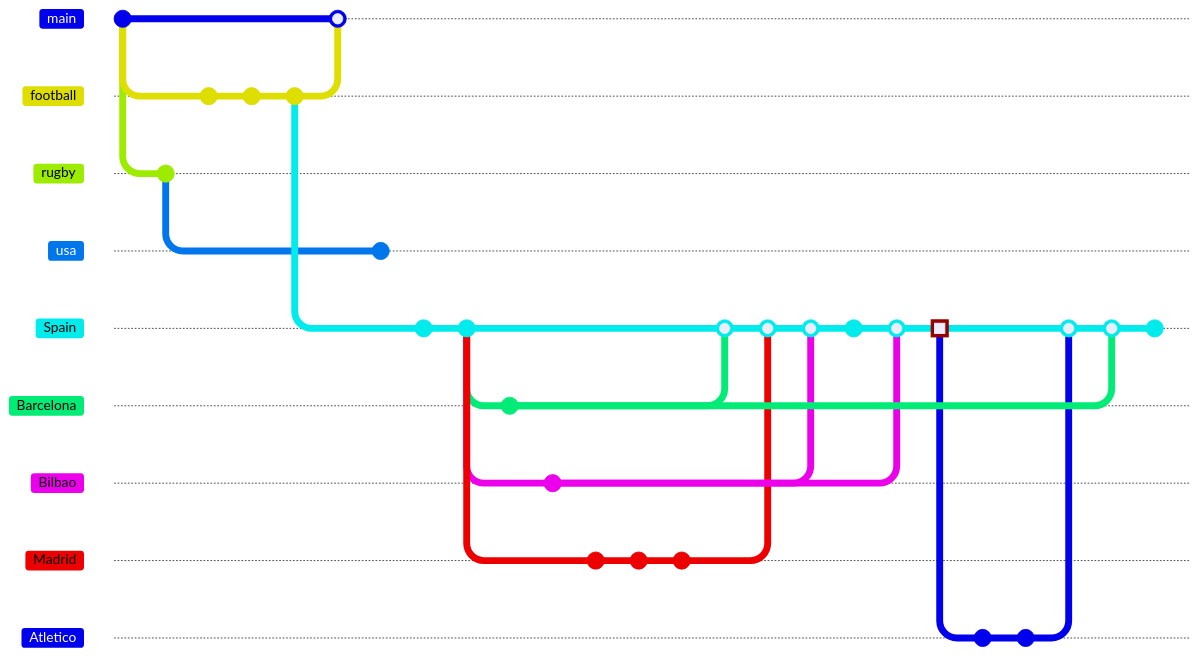
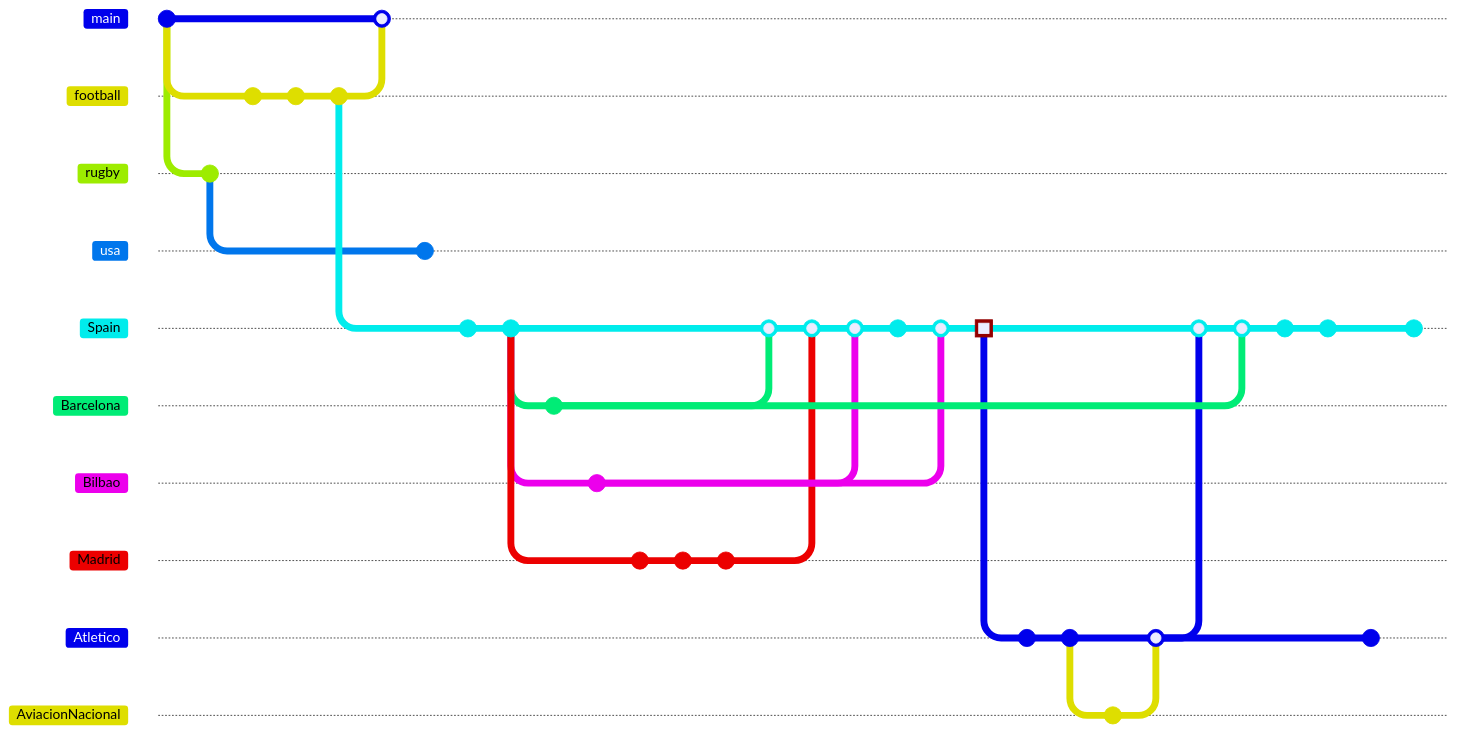
One commit to sarnobat/mermaid changed the first of 8 diagrams in README.md. Above: the diagram before and after it, drawn with Mermaid. Commit ids are hidden.

````diff
--- a/README.md
+++ b/README.md
@@ -14,52 +14,62 @@
 ```mermaid
 gitGraph:
     commit id: "begin"
     branch football
     checkout football
     branch rugby
     checkout rugby
     commit id: "1845 Rugby school football rules published"
     checkout football
     commit id: "1847 Eton school football rules published"
     commit id: "1863 October FA rules created"
     commit id: "1863 FA Founded in London"
     checkout main
     merge football
     checkout football
     checkout rugby
     branch usa
     checkout usa
     commit id: "1880 USA rugby cut from 15 to 11 players (American football)"
     checkout football
     branch Spain
     commit id: "1889 December 23 Recreativo Huelva founded"
     commit id: "1890 Sevilla founded"
     branch Barcelona
     checkout Barcelona
     commit id: "1898 Barcelona founded"
     checkout Spain
     branch Bilbao
     checkout Bilbao
     commit id: "1898 July 18 Bilbao founded"
     checkout Spain
     branch Madrid
     commit "club 1 founded"
     commit "club 2 founded"
     commit "1902 merged clubs"
     checkout Bilbao
     checkout Spain
     merge Barcelona
     merge Madrid
     merge Bilbao
     commit id: "1902 Copa"
     merge Bilbao
     commit id: "1903 Copa de la Coronacion" type: HIGHLIGHT
     branch Atletico
     checkout Atletico
     commit id: "Attended by Bilbao students in Madrid"
     commit id: "1908 Stripes vs Real"
+    branch AviacionNacional
+    checkout AviacionNacional
+    commit id: "1938 Aviacion Nacional founded in Salamanca"
+    checkout Atletico
+    merge AviacionNacional
     checkout Spain
     merge Atletico
     merge Barcelona
     commit id: "1921 Copa del Rey final"
+    commit id: "1928 Campeonato Nacional (League) founded"
+    checkout Atletico
+    commit id: "1940 Atletico Aviacion win last Madrid regional league"
+    checkout Spain
+    commit id: "1940 Regional leagues defuct"
 ```
````
